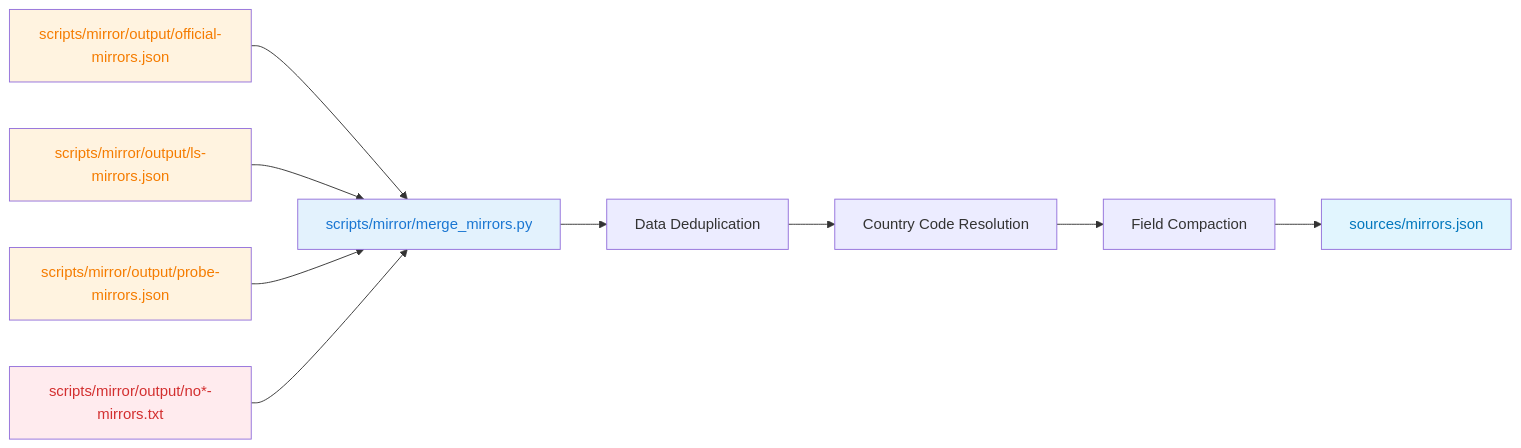
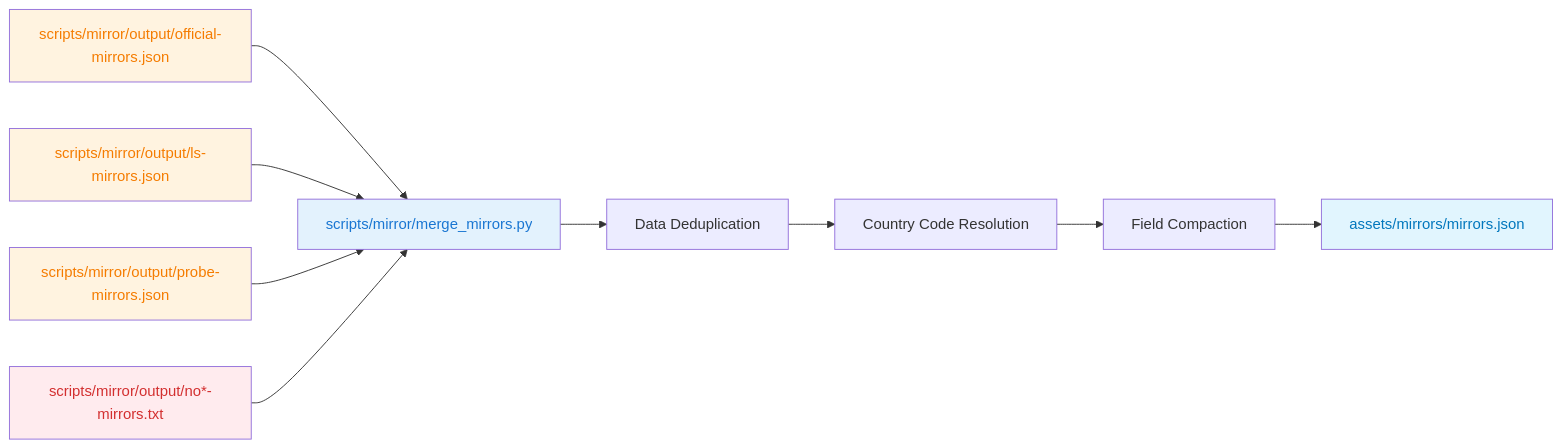
Before and after one commit to xiaobingling93-pixel/openeuler-epkg: the fifth of 6 diagrams in scripts/mirror/README.md, drawn with Mermaid. The commit also changed other lines of this file and 27 other files, not shown here.

````diff
--- a/scripts/mirror/README.md
+++ b/scripts/mirror/README.md
@@ -459,19 +461,19 @@
 ```mermaid
 graph LR
     A[scripts/mirror/output/official-mirrors.json] --> F[scripts/mirror/merge_mirrors.py]
     B[scripts/mirror/output/ls-mirrors.json] --> F
     C[scripts/mirror/output/probe-mirrors.json] --> F
     E[scripts/mirror/output/no*-mirrors.txt] --> F
 
     F --> G[Data Deduplication]
     G --> H[Country Code Resolution]
     H --> I[Field Compaction]
-    I --> J[sources/mirrors.json]
+    I --> J[assets/mirrors/mirrors.json]
 
     style F fill:#e3f2fd,color:#1976d2
     style A fill:#fff3e0,color:#f57c00
     style B fill:#fff3e0,color:#f57c00
     style C fill:#fff3e0,color:#f57c00
     style E fill:#ffebee,color:#d32f2f
     style J fill:#e1f5fe,color:#0277bd
 ```
````
